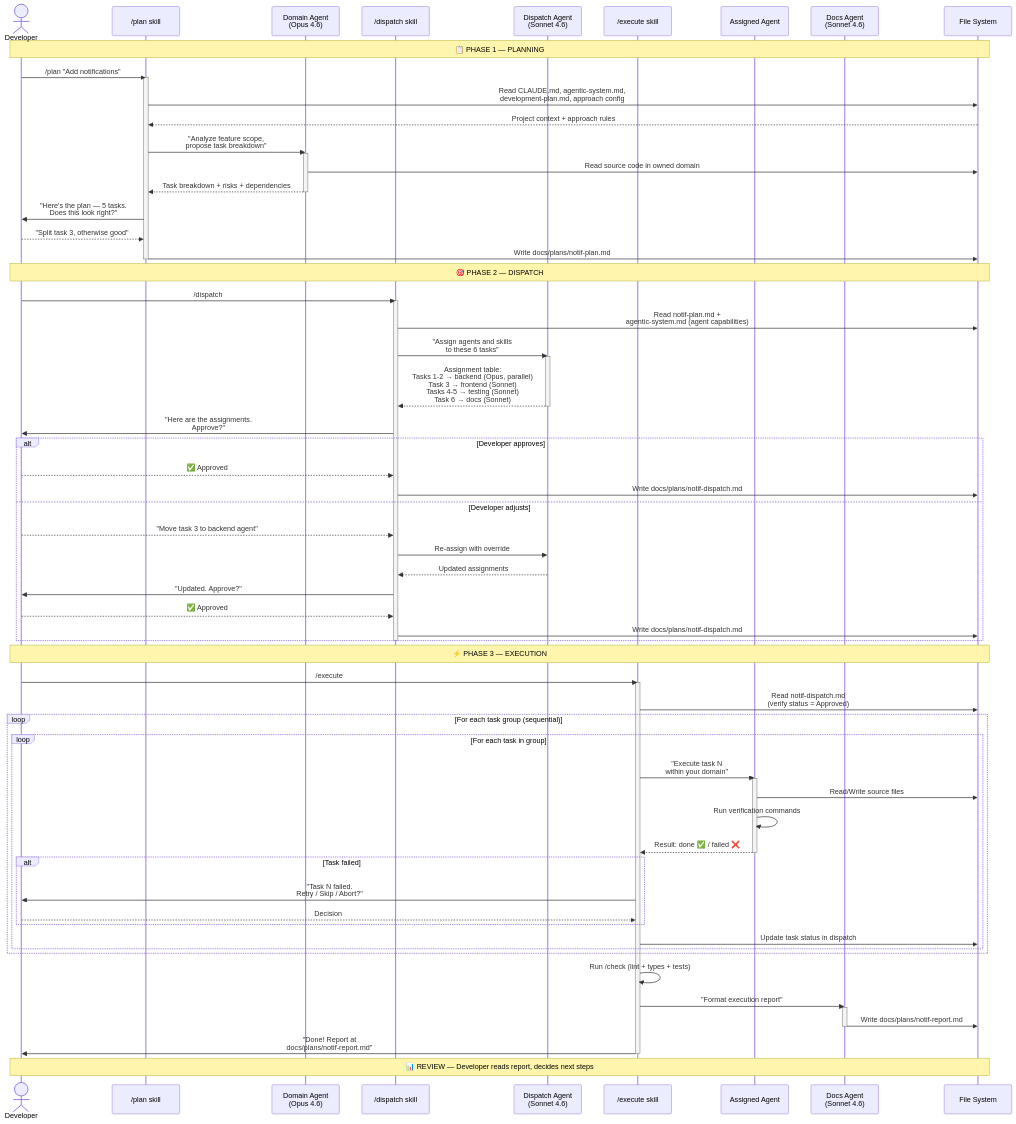
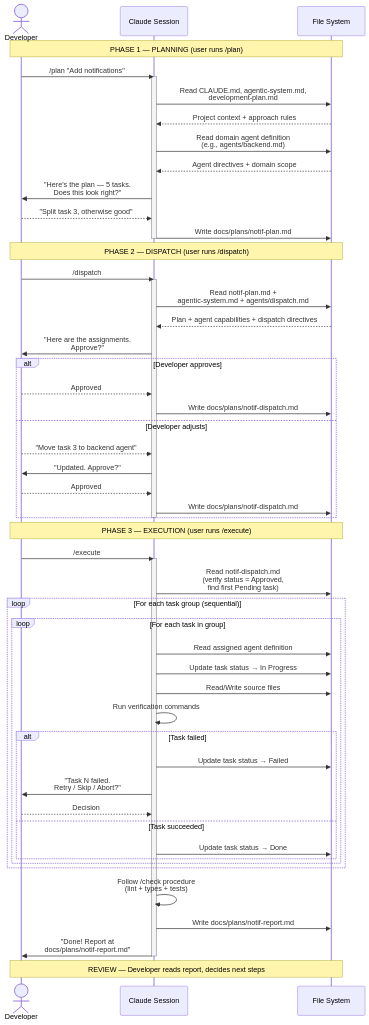
Before and after one commit to nikita-voloshyn/forgeline: the third of 5 diagrams in docs/specs/2026-03-23-orchestration-design.md, drawn with Mermaid. The commit also changed other lines of this file and 20 other files, not shown here.

First line of the commit message:
feat: task orchestration pipeline + development approach layer (v0.3.0-beta)

````diff
--- a/docs/specs/2026-03-23-orchestration-design.md
+++ b/docs/specs/2026-03-23-orchestration-design.md
@@ -718,88 +671,68 @@
 ```mermaid
 sequenceDiagram
     actor Dev as Developer
-    participant PS as /plan skill
-    participant DA as Domain Agent<br/>(Opus 4.6)
-    participant DS as /dispatch skill
-    participant DI as Dispatch Agent<br/>(Sonnet 4.6)
-    participant ES as /execute skill
-    participant AG as Assigned Agent
-    participant DOC as Docs Agent<br/>(Sonnet 4.6)
+    participant S as Claude Session
     participant FS as File System
 
-    Note over Dev,FS: 📋 PHASE 1 — PLANNING
+    Note over Dev,FS: PHASE 1 — PLANNING (user runs /plan)
 
-    Dev->>PS: /plan "Add notifications"
-    activate PS
-    PS->>FS: Read CLAUDE.md, agentic-system.md,<br/>development-plan.md, approach config
-    FS-->>PS: Project context + approach rules
-    PS->>DA: "Analyze feature scope,<br/>propose task breakdown"
-    activate DA
-    DA->>FS: Read source code in owned domain
-    DA-->>PS: Task breakdown + risks + dependencies
-    deactivate DA
-    PS->>Dev: "Here's the plan — 5 tasks.<br/>Does this look right?"
-    Dev-->>PS: "Split task 3, otherwise good"
-    PS->>FS: Write docs/plans/notif-plan.md
-    deactivate PS
+    Dev->>S: /plan "Add notifications"
+    activate S
+    S->>FS: Read CLAUDE.md, agentic-system.md,<br/>development-plan.md
+    FS-->>S: Project context + approach rules
+    S->>FS: Read domain agent definition<br/>(e.g., agents/backend.md)
+    FS-->>S: Agent directives + domain scope
+    S->>Dev: "Here's the plan — 5 tasks.<br/>Does this look right?"
+    Dev-->>S: "Split task 3, otherwise good"
+    S->>FS: Write docs/plans/notif-plan.md
+    deactivate S
 
-    Note over Dev,FS: 🎯 PHASE 2 — DISPATCH
+    Note over Dev,FS: PHASE 2 — DISPATCH (user runs /dispatch)
 
-    Dev->>DS: /dispatch
-    activate DS
-    DS->>FS: Read notif-plan.md +<br/>agentic-system.md (agent capabilities)
-    DS->>DI: "Assign agents and skills<br/>to these 6 tasks"
-    activate DI
-    DI-->>DS: Assignment table:<br/>Tasks 1-2 → backend (Opus, parallel)<br/>Task 3 → frontend (Sonnet)<br/>Tasks 4-5 → testing (Sonnet)<br/>Task 6 → docs (Sonnet)
-    deactivate DI
-    DS->>Dev: "Here are the assignments.<br/>Approve?"
+    Dev->>S: /dispatch
+    activate S
+    S->>FS: Read notif-plan.md +<br/>agentic-system.md + agents/dispatch.md
+    FS-->>S: Plan + agent capabilities + dispatch directives
+    S->>Dev: "Here are the assignments.<br/>Approve?"
 
     alt Developer approves
-        Dev-->>DS: ✅ Approved
-        DS->>FS: Write docs/plans/notif-dispatch.md
+        Dev-->>S: Approved
+        S->>FS: Write docs/plans/notif-dispatch.md
     else Developer adjusts
-        Dev-->>DS: "Move task 3 to backend agent"
-        DS->>DI: Re-assign with override
-        DI-->>DS: Updated assignments
-        DS->>Dev: "Updated. Approve?"
-        Dev-->>DS: ✅ Approved
-        DS->>FS: Write docs/plans/notif-dispatch.md
+        Dev-->>S: "Move task 3 to backend agent"
+        S->>Dev: "Updated. Approve?"
+        Dev-->>S: Approved
+        S->>FS: Write docs/plans/notif-dispatch.md
     end
-    deactivate DS
+    deactivate S
 
-    Note over Dev,FS: ⚡ PHASE 3 — EXECUTION
+    Note over Dev,FS: PHASE 3 — EXECUTION (user runs /execute)
 
-    Dev->>ES: /execute
-    activate ES
-    ES->>FS: Read notif-dispatch.md<br/>(verify status = Approved)
+    Dev->>S: /execute
+    activate S
+    S->>FS: Read notif-dispatch.md<br/>(verify status = Approved,<br/>find first Pending task)
 
     loop For each task group (sequential)
         loop For each task in group
-            ES->>AG: "Execute task N<br/>within your domain"
-            activate AG
-            AG->>FS: Read/Write source files
-            AG->>AG: Run verification commands
-            AG-->>ES: Result: done ✅ / failed ❌
-            deactivate AG
+            S->>FS: Read assigned agent definition
+            S->>FS: Update task status → In Progress
+            S->>FS: Read/Write source files
+            S->>S: Run verification commands
 
             alt Task failed
-                ES->>Dev: "Task N failed.<br/>Retry / Skip / Abort?"
-                Dev-->>ES: Decision
+                S->>FS: Update task status → Failed
+                S->>Dev: "Task N failed.<br/>Retry / Skip / Abort?"
+                Dev-->>S: Decision
+            else Task succeeded
+                S->>FS: Update task status → Done
             end
-
-            ES->>FS: Update task status in dispatch
         end
     end
 
-    ES->>ES: Run /check (lint + types + tests)
+    S->>S: Follow /check procedure<br/>(lint + types + tests)
+    S->>FS: Write docs/plans/notif-report.md
+    S->>Dev: "Done! Report at<br/>docs/plans/notif-report.md"
+    deactivate S
 
-    ES->>DOC: "Format execution report"
-    activate DOC
-    DOC->>FS: Write docs/plans/notif-report.md
-    deactivate DOC
-
-    ES->>Dev: "Done! Report at<br/>docs/plans/notif-report.md"
-    deactivate ES
-
-    Note over Dev,FS: 📊 REVIEW — Developer reads report, decides next steps
+    Note over Dev,FS: REVIEW — Developer reads report, decides next steps
 ```
````
